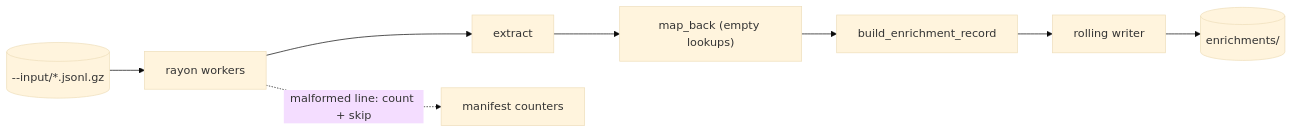
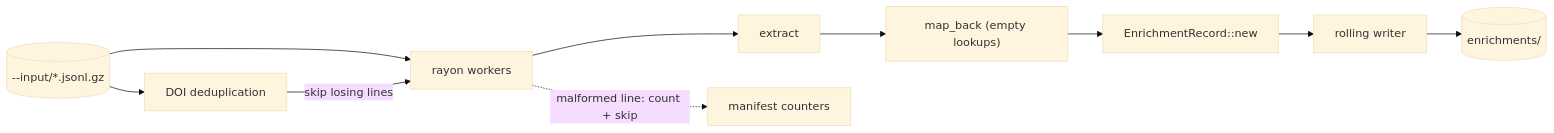
The third of 5 diagrams in docs/architecture.md (cometadata/comet-enrich), drawn with Mermaid (base theme) before and after one commit. The commit also changed other lines of this file and 52 other files, not shown here.

````diff
--- a/docs/architecture.md
+++ b/docs/architecture.md
@@ -90,10 +112,12 @@
 ```mermaid
 flowchart LR
-    input[("--input/*.jsonl.gz")] --> scan["rayon workers"]
+    input[("--input/*.jsonl.gz")] --> select["DOI deduplication"]
+    input --> scan["rayon workers"]
+    select -->|skip losing lines| scan
     scan --> extract["extract"]
     extract --> mapback["map_back (empty lookups)"]
-    mapback --> build["build_enrichment_record"]
+    mapback --> build["EnrichmentRecord::new"]
     build --> writer["rolling writer"]
     writer --> parts[("enrichments/")]
     scan -.->|"malformed line: count + skip"| counters["manifest counters"]
 ```
````
